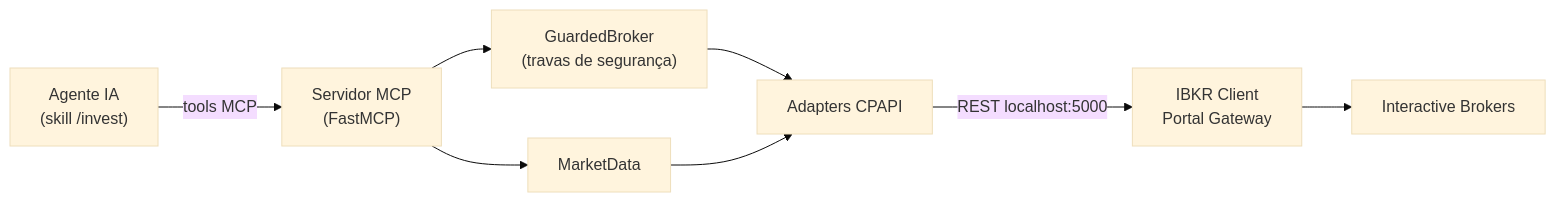
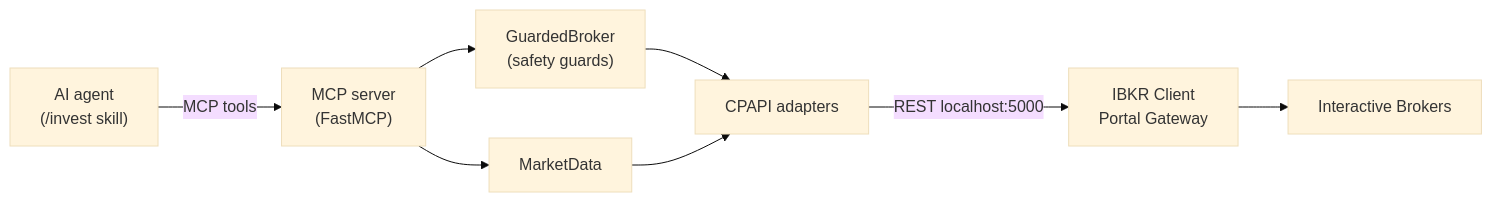
One commit to pedrobraiti/mcp-ibkr-agent changed the diagram in README.md. Above: the diagram before and after it, drawn with Mermaid (base theme). The commit also changed other lines of this file and 5 other files, not shown here.

````diff
--- a/README.md
+++ b/README.md
@@ -19,10 +18,10 @@
 ```mermaid
 flowchart LR
-    A["Agente IA<br/>(skill /invest)"] -->|tools MCP| B["Servidor MCP<br/>(FastMCP)"]
-    B --> C["GuardedBroker<br/>(travas de segurança)"]
+    A["AI agent<br/>(/invest skill)"] -->|MCP tools| B["MCP server<br/>(FastMCP)"]
+    B --> C["GuardedBroker<br/>(safety guards)"]
     B --> D["MarketData"]
-    C --> E["Adapters CPAPI"]
+    C --> E["CPAPI adapters"]
     D --> E
     E -->|REST localhost:5000| F["IBKR Client<br/>Portal Gateway"]
     F --> G["Interactive Brokers"]
 ```
````
